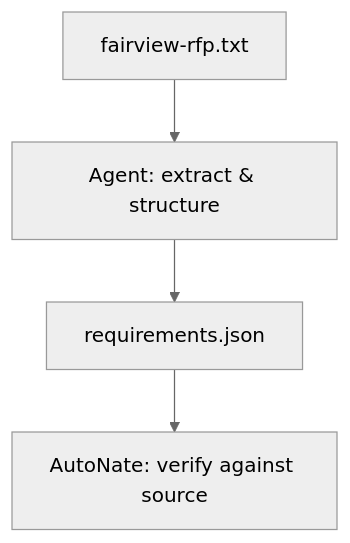
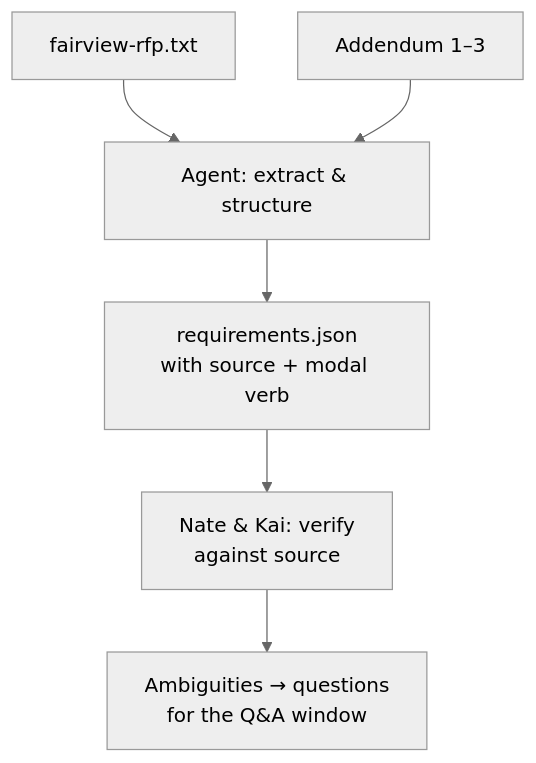
One commit to AutoNateAI/roblox-gamelab-2 changed the diagram in apps/marketplace/content/tutorials/civics-and-agentic-ai/02-reading-an-rfp-with-ai.md. Above: the diagram before and after it, drawn with Mermaid (neutral theme). The commit also changed other lines of this file and 130 other files, not shown here.

````diff
--- a/apps/marketplace/content/tutorials/civics-and-agentic-ai/02-reading-an-rfp-with-ai.md
+++ b/apps/marketplace/content/tutorials/civics-and-agentic-ai/02-reading-an-rfp-with-ai.md
@@ -68,6 +146,8 @@
 ```mermaid
 flowchart TD
-  RFP["fairview-rfp.txt"] --> Agent["Agent: extract & structure"]
-  Agent --> JSON["requirements.json"]
-  JSON --> Human["AutoNate: verify against source"]
+  Base["fairview-rfp.txt"] --> Agent["Agent: extract & structure"]
+  A1["Addendum 1–3"] --> Agent
+  Agent --> JSON["requirements.json<br/>with source + modal verb"]
+  JSON --> Human["Nate & Kai: verify<br/>against source"]
+  Human --> Q["Ambiguities → questions<br/>for the Q&A window"]
 ```
````
